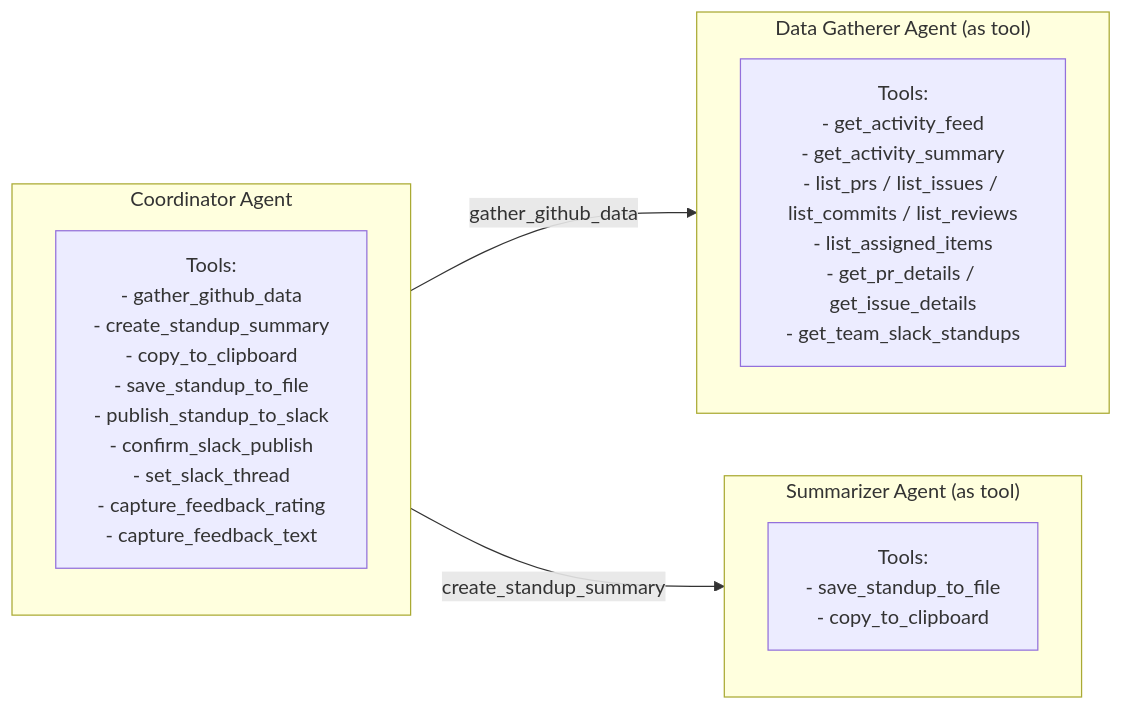
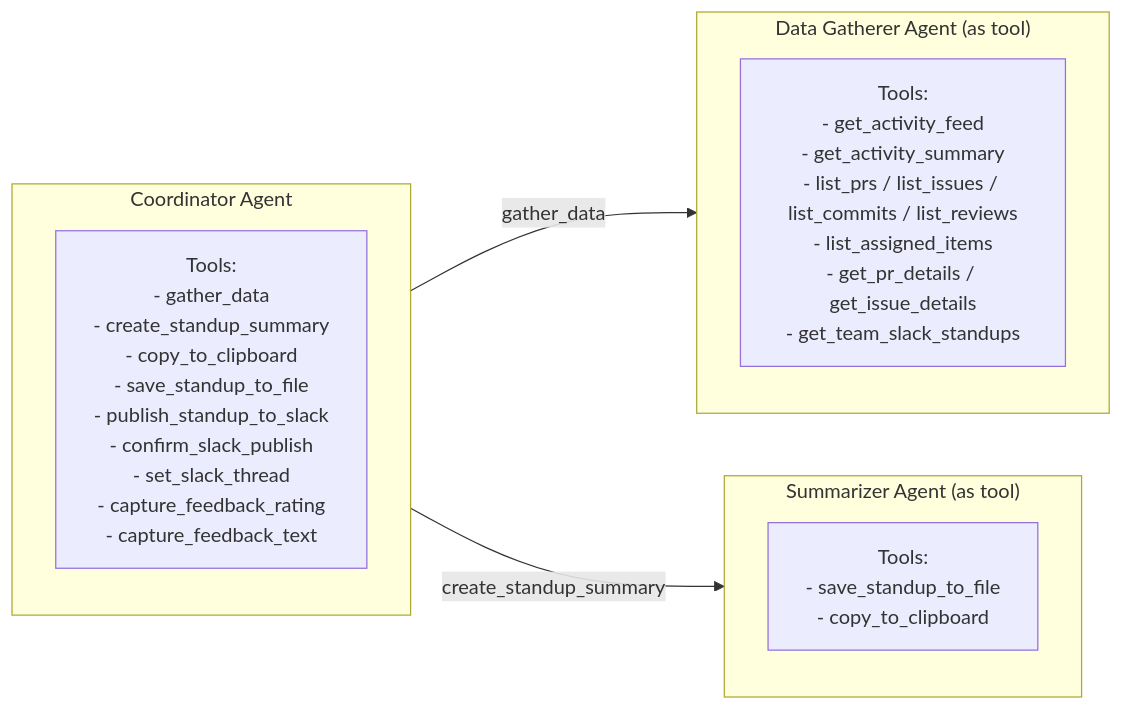
Before and after one commit to andrewm4894/github-standup-agent: the second of 3 diagrams in ARCHITECTURE.md, drawn with Mermaid. The commit also changed other lines of this file and 1 other file, not shown here.

Commit message:
refactor: rename gather_github_data to gather_data
The tool gathers both GitHub activity and Slack standups, so the
more generic name better reflects its actual scope.

````diff
--- a/ARCHITECTURE.md
+++ b/ARCHITECTURE.md
@@ -78,20 +78,20 @@
 ```mermaid
 flowchart LR
     subgraph Coordinator["Coordinator Agent"]
         direction TB
-        c_tools["Tools:<br/>- gather_github_data<br/>- create_standup_summary<br/>- copy_to_clipboard<br/>- save_standup_to_file<br/>- publish_standup_to_slack<br/>- confirm_slack_publish<br/>- set_slack_thread<br/>- capture_feedback_rating<br/>- capture_feedback_text"]
+        c_tools["Tools:<br/>- gather_data<br/>- create_standup_summary<br/>- copy_to_clipboard<br/>- save_standup_to_file<br/>- publish_standup_to_slack<br/>- confirm_slack_publish<br/>- set_slack_thread<br/>- capture_feedback_rating<br/>- capture_feedback_text"]
     end
 
     subgraph DataGatherer["Data Gatherer Agent (as tool)"]
         direction TB
         dg_tools["Tools:<br/>- get_activity_feed<br/>- get_activity_summary<br/>- list_prs / list_issues / list_commits / list_reviews<br/>- list_assigned_items<br/>- get_pr_details / get_issue_details<br/>- get_team_slack_standups"]
     end
 
     subgraph Summarizer["Summarizer Agent (as tool)"]
         direction TB
         s_tools["Tools:<br/>- save_standup_to_file<br/>- copy_to_clipboard"]
     end
 
-    Coordinator -->|"gather_github_data"| DataGatherer
+    Coordinator -->|"gather_data"| DataGatherer
     Coordinator -->|"create_standup_summary"| Summarizer
 ```
````
